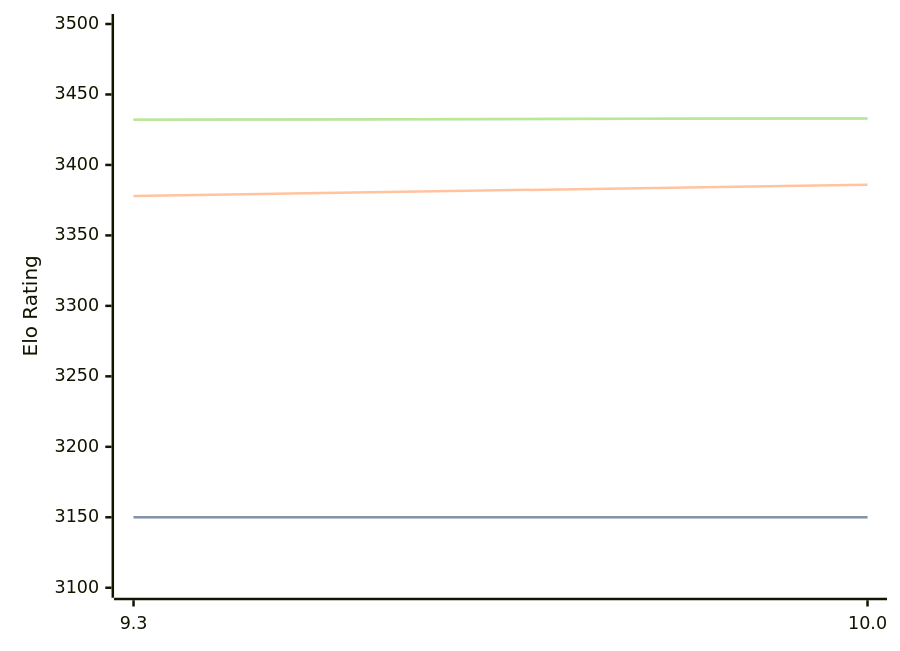
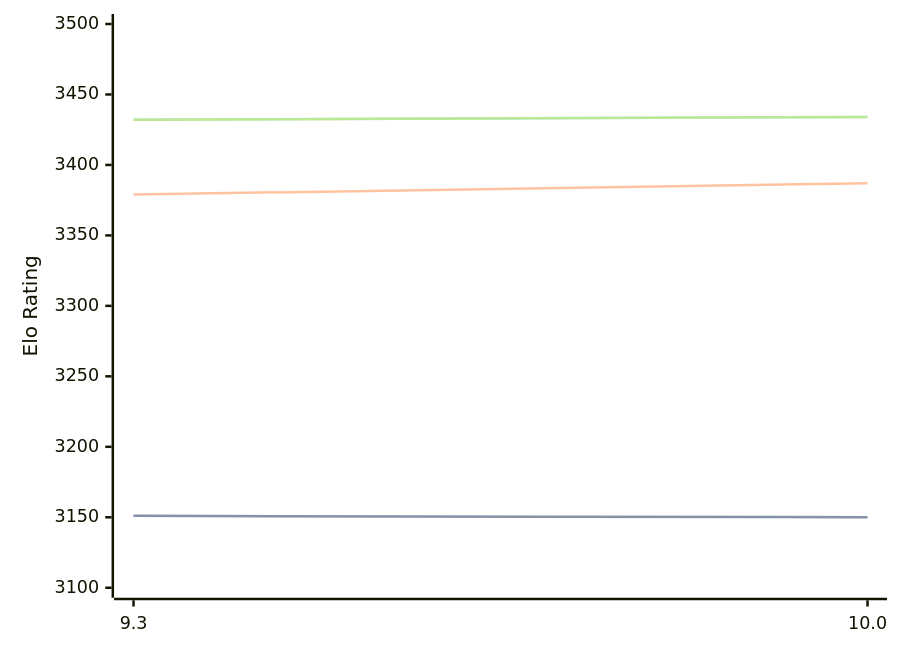
Before and after one commit to computer-chess-index/cci: the diagram in engines/Fire.md, drawn with Mermaid. The commit also changed other lines of this file, not shown here.

Commit message:
Update CCI Ratings (ELO VLTC) - 2026-09-14

````diff
--- a/engines/Fire.md
+++ b/engines/Fire.md
@@ -32,11 +32,11 @@
 ```mermaid
 %%{init: {"theme":"base","themeVariables":{"seriesColors:['#a3a3a3','#222221','#faa371']}}}%%
 xychart-beta
   x-axis ["9.3", "10.0"]
   y-axis "Elo Rating" 3100 --> 3500
-  line "" [3150, 3150]
-  line "STC (8.0+0.08s)" [3150, 3150]
-  line "LTC (60.0+0.60s)" [3378, 3386]
-  line "" [3432, 3433]
-  line "VLTC (2m24s+1.12s)" [3432, 3433]
+  line "" [3151, 3150]
+  line "STC (8.0+0.08s)" [3151, 3150]
+  line "LTC (60.0+0.60s)" [3379, 3387]
+  line "" [3432, 3434]
+  line "VLTC (2m24s+1.12s)" [3432, 3434]
 ```
````
